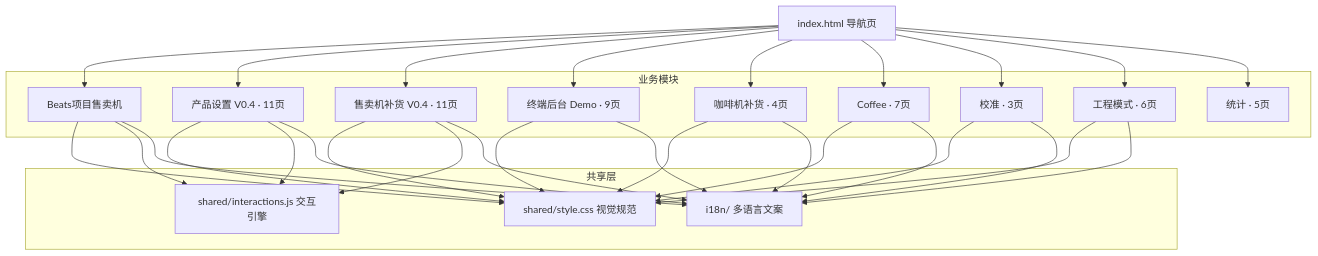
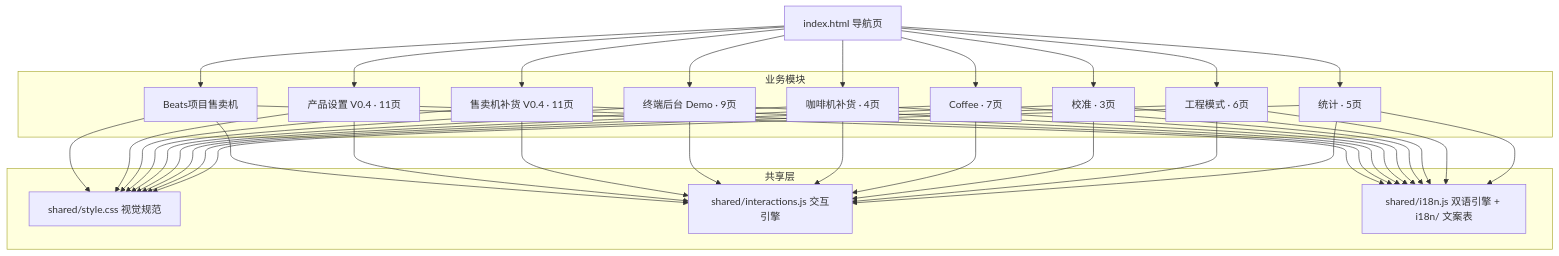
One commit to nicozhan/iot-android-screen changed the first of 5 diagrams in 架构与页面逻辑.md. Above: the diagram before and after it, drawn with Mermaid. The commit also changed other lines of this file and 3 other files, not shown here.

````diff
--- a/架构与页面逻辑.md
+++ b/架构与页面逻辑.md
@@ -24,24 +24,24 @@
 ```mermaid
 graph TD
   IDX[index.html 导航页]
   subgraph 业务模块
     G1[Beats项目售卖机]
     G2[产品设置 V0.4 · 11页]
     G3[售卖机补货 V0.4 · 11页]
     G4[终端后台 Demo · 9页]
     G5[咖啡机补货 · 4页]
     G6[Coffee · 7页]
     G7[校准 · 3页]
     G8[工程模式 · 6页]
     G9[统计 · 5页]
   end
   subgraph 共享层
     CSS[shared/style.css 视觉规范]
     JS[shared/interactions.js 交互引擎]
-    I18N[i18n/ 多语言文案]
+    I18N[shared/i18n.js 双语引擎 + i18n/ 文案表]
   end
   IDX --> G1 & G2 & G3 & G4 & G5 & G6 & G7 & G8 & G9
-  G1 & G2 & G3 & G4 & G5 & G6 & G7 & G8 --> CSS
-  G1 & G2 & G3 --> JS
-  G1 & G2 & G3 & G4 & G5 & G6 & G7 & G8 --> I18N
+  G1 & G2 & G3 & G4 & G5 & G6 & G7 & G8 & G9 --> CSS
+  G1 & G2 & G3 & G4 & G5 & G6 & G7 & G8 & G9 --> JS
+  G1 & G2 & G3 & G4 & G5 & G6 & G7 & G8 & G9 --> I18N
 ```
````
